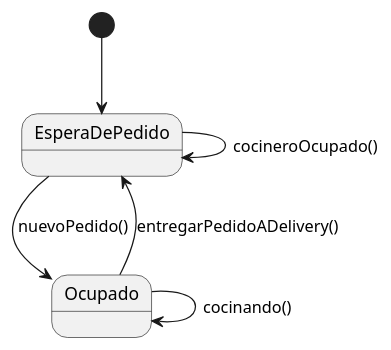
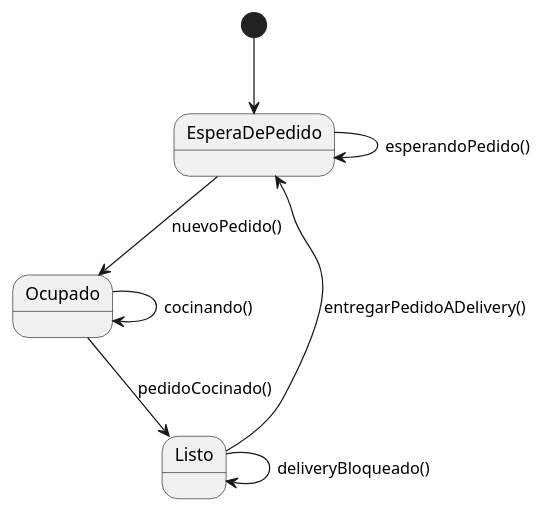
The diagram in Delivery/UML/cocinero.puml (franciscolmos/PC-Ejercicios), drawn with PlantUML before and after one commit. The commit also changed 4 other files, not shown here.

Commit message:
actualizaciones en los diagramas de estados

```diff
--- a/Delivery/UML/cocinero.puml
+++ b/Delivery/UML/cocinero.puml
@@ -1,7 +1,9 @@
 @startuml Cocinero
     [*] --> EsperaDePedido
+    EsperaDePedido --> EsperaDePedido : esperandoPedido()
     EsperaDePedido --> Ocupado : nuevoPedido()
-    EsperaDePedido --> EsperaDePedido : cocineroOcupado()
     Ocupado --> Ocupado : cocinando()
-    Ocupado --> EsperaDePedido: entregarPedidoADelivery()
+    Ocupado --> Listo : pedidoCocinado()
+    Listo --> Listo : deliveryBloqueado()
+    Listo --> EsperaDePedido: entregarPedidoADelivery()
 @enduml
```
